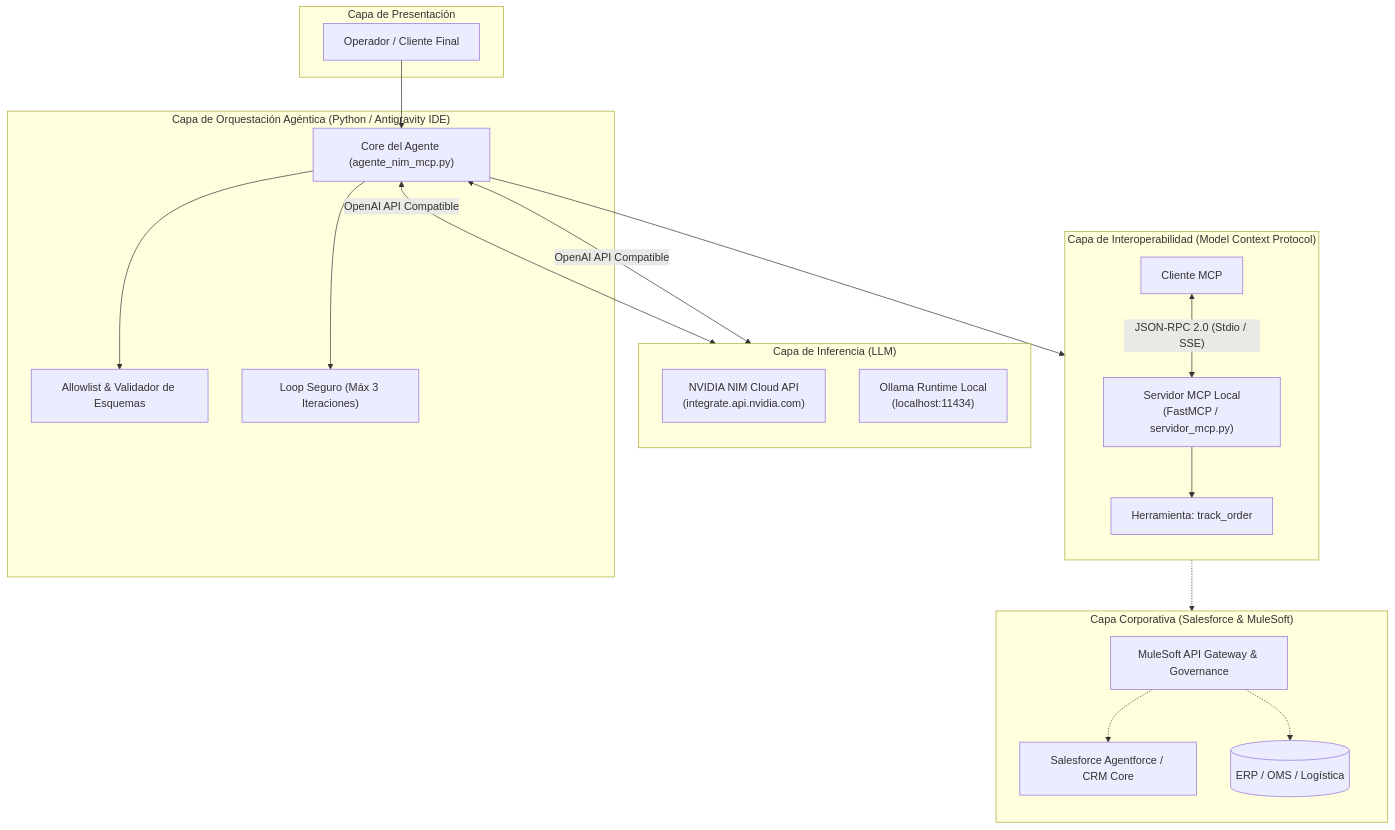
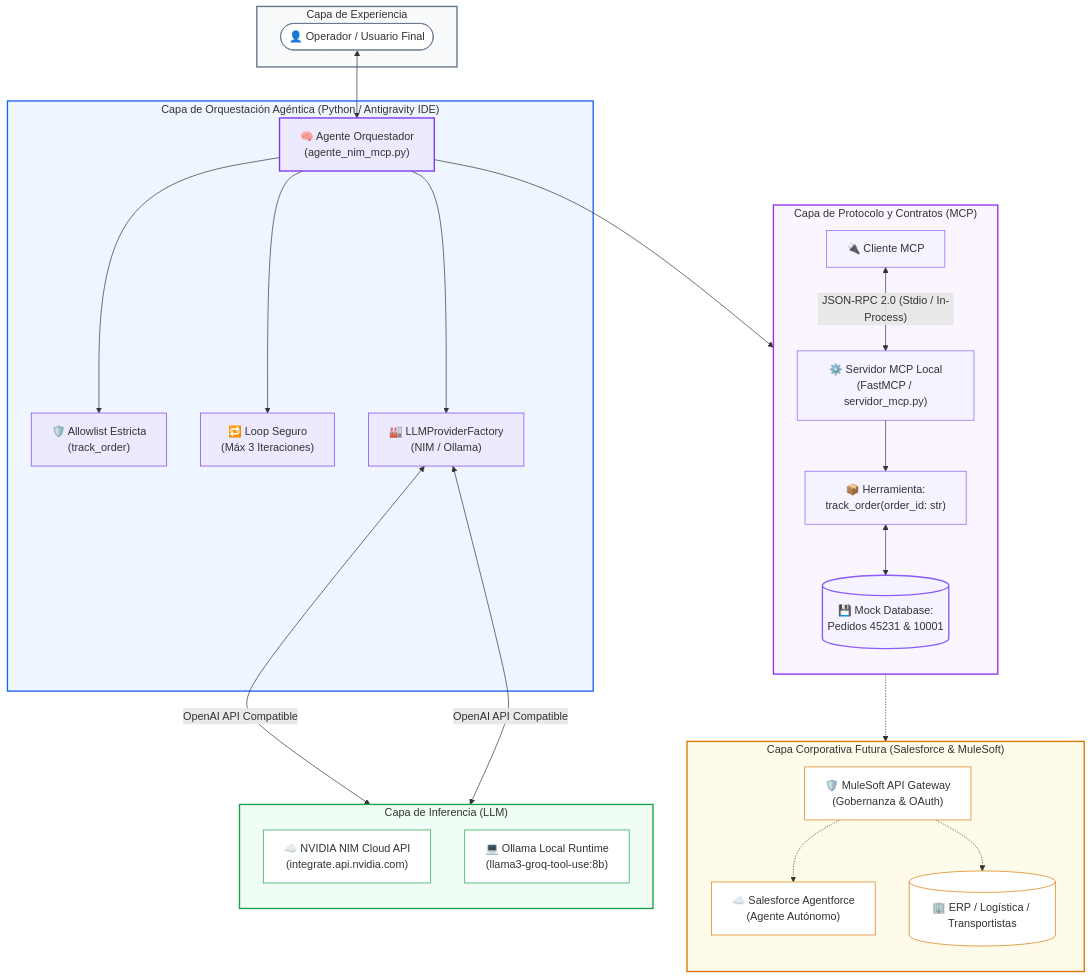
The second of 2 diagrams in README.md (emmanuelsvaldez/bootcamp-skala-sem2-nim-mcp), drawn with Mermaid before and after one commit.

Commit message:
docs: actualizar diagrama de arquitectura con estilos de capa, emojis y mock database

````diff
--- a/README.md
+++ b/README.md
@@ -81,44 +81,69 @@
 ```mermaid
 flowchart TD
-    subgraph Usuario ["Capa de Presentación"]
-        U["Operador / Cliente Final"]
+    subgraph Usuario ["Capa de Experiencia"]
+        U(["👤 Operador / Usuario Final"])
     end
 
     subgraph Agente ["Capa de Orquestación Agéntica (Python / Antigravity IDE)"]
-        A["Core del Agente (agente_nim_mcp.py)"]
-        AL["Allowlist & Validador de Esquemas"]
-        L["Loop Seguro (Máx 3 Iteraciones)"]
+        A["🧠 Agente Orquestador\n(agente_nim_mcp.py)"]
+        AL["🛡️ Allowlist Estricta\n(track_order)"]
+        LOOP["🔁 Loop Seguro\n(Máx 3 Iteraciones)"]
+        FACTORY["🏭 LLMProviderFactory\n(NIM / Ollama)"]
     end
 
     subgraph Inferencia ["Capa de Inferencia (LLM)"]
         direction TB
-        NIM["NVIDIA NIM Cloud API\n(integrate.api.nvidia.com)"]
-        OLLAMA["Ollama Runtime Local\n(localhost:11434)"]
+        NIM["☁️ NVIDIA NIM Cloud API\n(integrate.api.nvidia.com)"]
+        OLLAMA["💻 Ollama Local Runtime\n(llama3-groq-tool-use:8b)"]
     end
 
-    subgraph ProtocoloMCP ["Capa de Interoperabilidad (Model Context Protocol)"]
+    subgraph ProtocoloMCP ["Capa de Protocolo y Contratos (MCP)"]
         direction TB
-        ClientMCP["Cliente MCP"]
-        ServerMCP["Servidor MCP Local\n(FastMCP / servidor_mcp.py)"]
-        ToolTrack["Herramienta: track_order"]
+        ClientMCP["🔌 Cliente MCP"]
+        ServerMCP["⚙️ Servidor MCP Local\n(FastMCP / servidor_mcp.py)"]
+        Tool["📦 Herramienta:\ntrack_order(order_id: str)"]
+        DB[("💾 Mock Database:\nPedidos 45231 & 10001")]
     end
 
-    subgraph Enterprise ["Capa Corporativa (Salesforce & MuleSoft)"]
+    subgraph Enterprise ["Capa Corporativa Futura (Salesforce & MuleSoft)"]
         direction TB
-        Mule["MuleSoft API Gateway & Governance"]
-        AF["Salesforce Agentforce / CRM Core"]
-        OMS[("ERP / OMS / Logística")]
+        Mule["🛡️ MuleSoft API Gateway\n(Gobernanza & OAuth)"]
+        AF["☁️ Salesforce Agentforce\n(Agente Autónomo)"]
+        OMS[("🏢 ERP / Logística / Transportistas")]
     end
 
-    U --> A
+    U <--> A
     A --> AL
-    A --> L
-    A <--"OpenAI API Compatible"--> NIM
-    A <--"OpenAI API Compatible"--> OLLAMA
+    A --> LOOP
+    A --> FACTORY
+    FACTORY <--"OpenAI API Compatible"--> NIM
+    FACTORY <--"OpenAI API Compatible"--> OLLAMA
     A --> ClientMCP
-    ClientMCP <--"JSON-RPC 2.0 (Stdio / SSE)"--> ServerMCP
-    ServerMCP --> ToolTrack
-    ToolTrack -.-> Mule
+    ClientMCP <--"JSON-RPC 2.0 (Stdio / In-Process)"--> ServerMCP
+    ServerMCP --> Tool
+    Tool <--> DB
+    Tool -.-> Mule
     Mule -.-> AF
     Mule -.-> OMS
+
+    style Usuario fill:#f8fafc,stroke:#64748b,stroke-width:2px
+    style Agente fill:#eff6ff,stroke:#2563eb,stroke-width:2px
+    style Inferencia fill:#f0fdf4,stroke:#16a34a,stroke-width:2px
+    style ProtocoloMCP fill:#faf5ff,stroke:#9333ea,stroke-width:2px
+    style Enterprise fill:#fffbeb,stroke:#d97706,stroke-width:2px
+
+    style U fill:#ffffff,stroke:#64748b,stroke-width:1px
+    style A fill:#ede9fe,stroke:#7c3aed,stroke-width:2px
+    style AL fill:#ede9fe,stroke:#7c3aed,stroke-width:1px
+    style LOOP fill:#ede9fe,stroke:#7c3aed,stroke-width:1px
+    style FACTORY fill:#ede9fe,stroke:#7c3aed,stroke-width:1px
+    style NIM fill:#ffffff,stroke:#16a34a,stroke-width:1px
+    style OLLAMA fill:#ffffff,stroke:#16a34a,stroke-width:1px
+    style ClientMCP fill:#f5f3ff,stroke:#8b5cf6,stroke-width:1px
+    style ServerMCP fill:#f5f3ff,stroke:#8b5cf6,stroke-width:1px
+    style Tool fill:#f5f3ff,stroke:#8b5cf6,stroke-width:1px
+    style DB fill:#f5f3ff,stroke:#8b5cf6,stroke-width:2px
+    style Mule fill:#ffffff,stroke:#d97706,stroke-width:1px
+    style AF fill:#ffffff,stroke:#d97706,stroke-width:1px
+    style OMS fill:#ffffff,stroke:#d97706,stroke-width:1px
 ```
````
